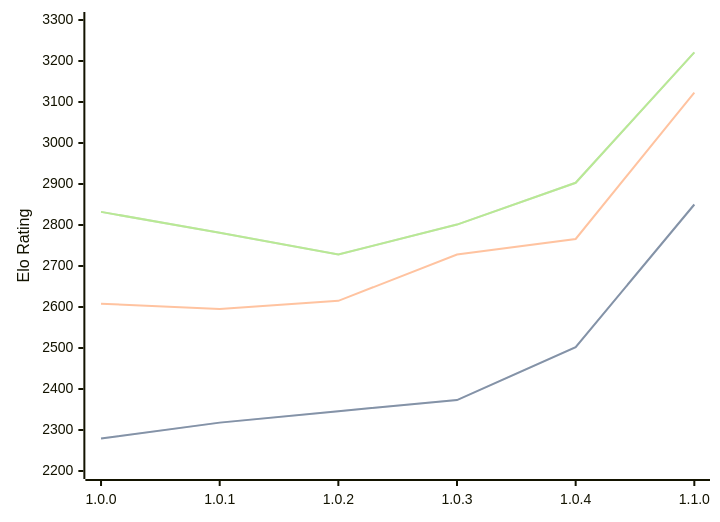
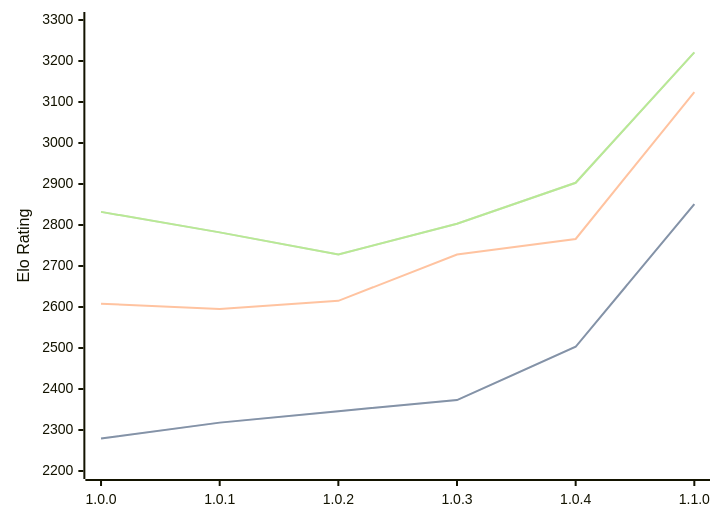
One commit to computer-chess-index/cci changed the diagram in engines/Grail.md. Above: the diagram before and after it, drawn with Mermaid. The commit also changed other lines of this file, not shown here.

Commit message:
Update CCI Ratings (ELO VLTC) - 2026-05-03

````diff
--- a/engines/Grail.md
+++ b/engines/Grail.md
@@ -36,11 +36,11 @@
 ```mermaid
 %%{init: {"theme":"base","themeVariables":{"seriesColors:['#a3a3a3','#222221','#faa371']}}}%%
 xychart-beta
   x-axis ["1.0.0", "1.0.1", "1.0.2", "1.0.3", "1.0.4", "1.1.0"]
   y-axis "Elo Rating" 2200 --> 3300
-  line "STC (8.0+0.08s)" [2279, 2318, 2346, 2373, 2502, 2850]
-  line "STC (8.0+0.08s)" [2279, 2318, 2346, 2373, 2502, 2850]
-  line "LTC (60.0+0.60s)" [2608, 2595, 2615, 2728, 2766, 3123]
-  line "VLTC (2m24s+1.12s)" [2832, 2781, 2728, 2801, 2903, 3221]
-  line "VLTC (2m24s+1.12s)" [2832, 2781, 2728, 2801, 2903, 3221]
+  line "STC (8.0+0.08s)" [2279, 2318, 2346, 2373, 2503, 2851]
+  line "STC (8.0+0.08s)" [2279, 2318, 2346, 2373, 2503, 2851]
+  line "LTC (60.0+0.60s)" [2608, 2595, 2615, 2728, 2766, 3124]
+  line "VLTC (2m24s+1.12s)" [2832, 2782, 2728, 2803, 2903, 3221]
+  line "VLTC (2m24s+1.12s)" [2832, 2782, 2728, 2803, 2903, 3221]
 ```
````
